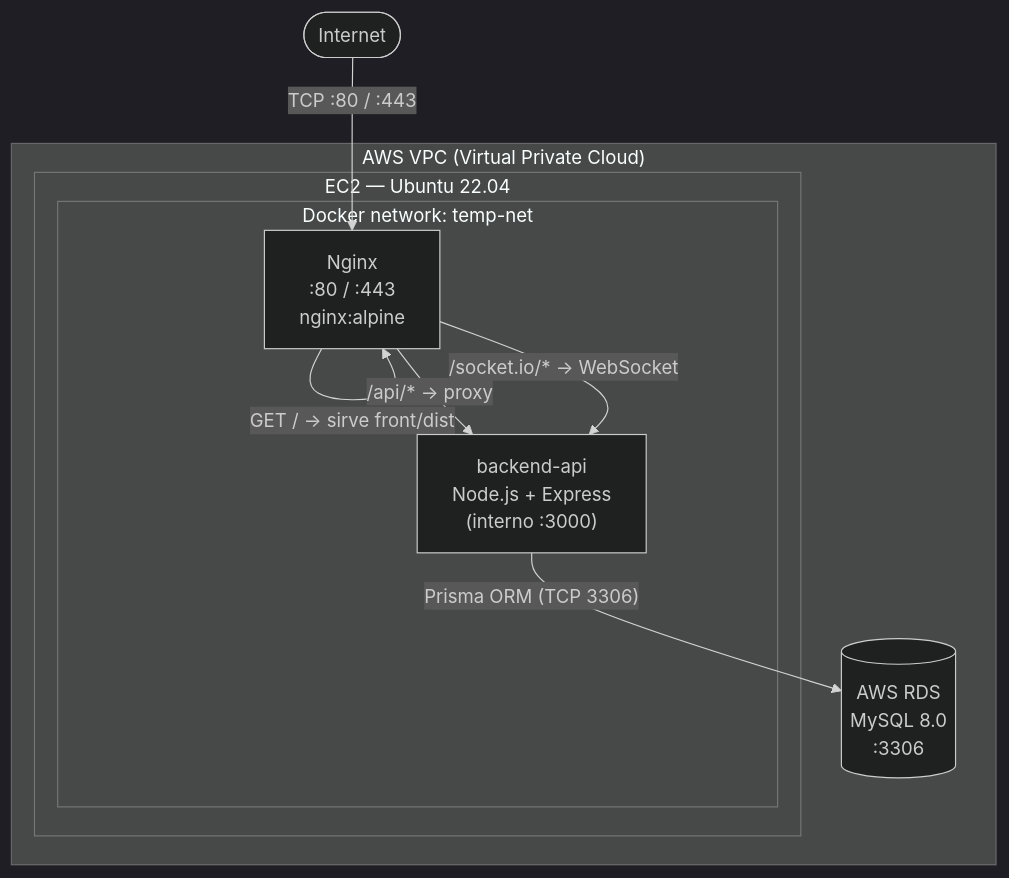
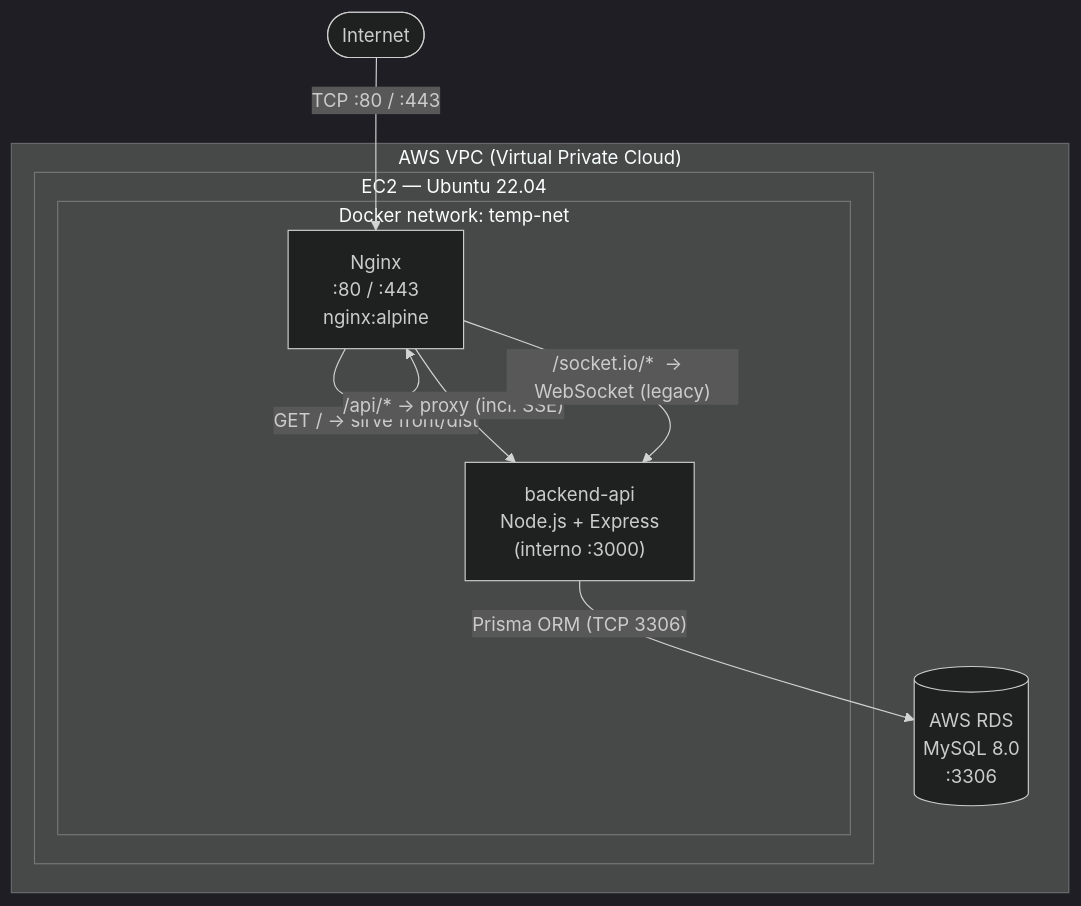
Before and after one commit to luistorres-idt/temp-back: the first of 2 diagrams in deploy/README.md, drawn with Mermaid (dark theme). The commit also changed other lines of this file and 4 other files, not shown here.

````diff
--- a/deploy/README.md
+++ b/deploy/README.md
@@ -27,21 +27,21 @@
 ```mermaid
 flowchart TB
     Internet(["Internet"])
     
     subgraph VPC["AWS VPC (Virtual Private Cloud)"]
         subgraph EC2["EC2 — Ubuntu 22.04"]
             subgraph DockerNet["Docker network: temp-net"]
                 Nginx["Nginx\n:80 / :443\nnginx:alpine"]
                 Backend["backend-api\nNode.js + Express\n(interno :3000)"]
             end
         end
         
         RDS[("AWS RDS\nMySQL 8.0\n:3306")]
     end
 
     Internet -->|"TCP :80 / :443"| Nginx
     Nginx -->|"GET /  →  sirve front/dist"| Nginx
-    Nginx -->|"/api/*  →  proxy"| Backend
-    Nginx -->|"/socket.io/*  →  WebSocket"| Backend
+    Nginx -->|"/api/*  →  proxy (incl. SSE)"| Backend
+    Nginx -->|"/socket.io/*  →  WebSocket (legacy)"| Backend
     Backend -->|"Prisma ORM (TCP 3306)"| RDS
 ```
````
